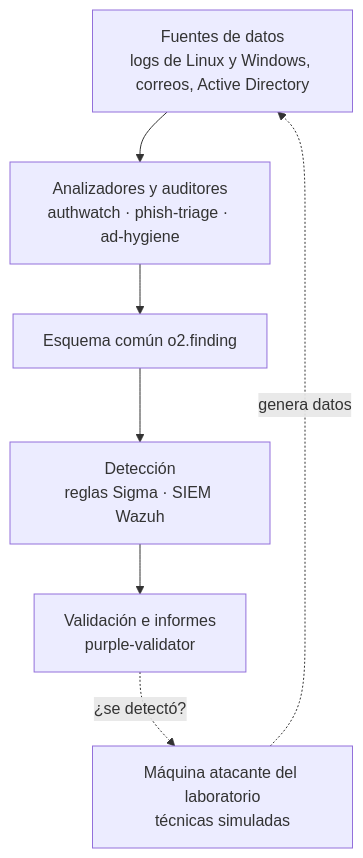
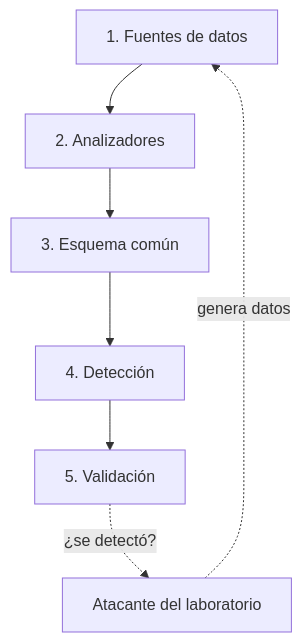
Before and after one commit to TaureO2/security-lab: the diagram in ARCHITECTURE.md, drawn with Mermaid. The commit also changed other lines of this file, not shown here.

Commit message:
Simplifica el diagrama de arquitectura para que GitHub no corte las etiquetas

````diff
--- a/ARCHITECTURE.md
+++ b/ARCHITECTURE.md
@@ -7,9 +7,9 @@
 ```mermaid
 flowchart TD
-    A["Fuentes de datos<br/>logs de Linux y Windows, correos, Active Directory"] --> B["Analizadores y auditores<br/>authwatch · phish-triage · ad-hygiene"]
-    B --> C["Esquema común o2.finding"]
-    C --> D["Detección<br/>reglas Sigma · SIEM Wazuh"]
-    D --> E["Validación e informes<br/>purple-validator"]
-    R["Máquina atacante del laboratorio<br/>técnicas simuladas"] -. genera datos .-> A
+    A[" 1. Fuentes de datos "] --> B[" 2. Analizadores "]
+    B --> C[" 3. Esquema común "]
+    C --> D[" 4. Detección "]
+    D --> E[" 5. Validación "]
+    R[" Atacante del laboratorio "] -. genera datos .-> A
     E -. ¿se detectó? .-> R
 ```
````
